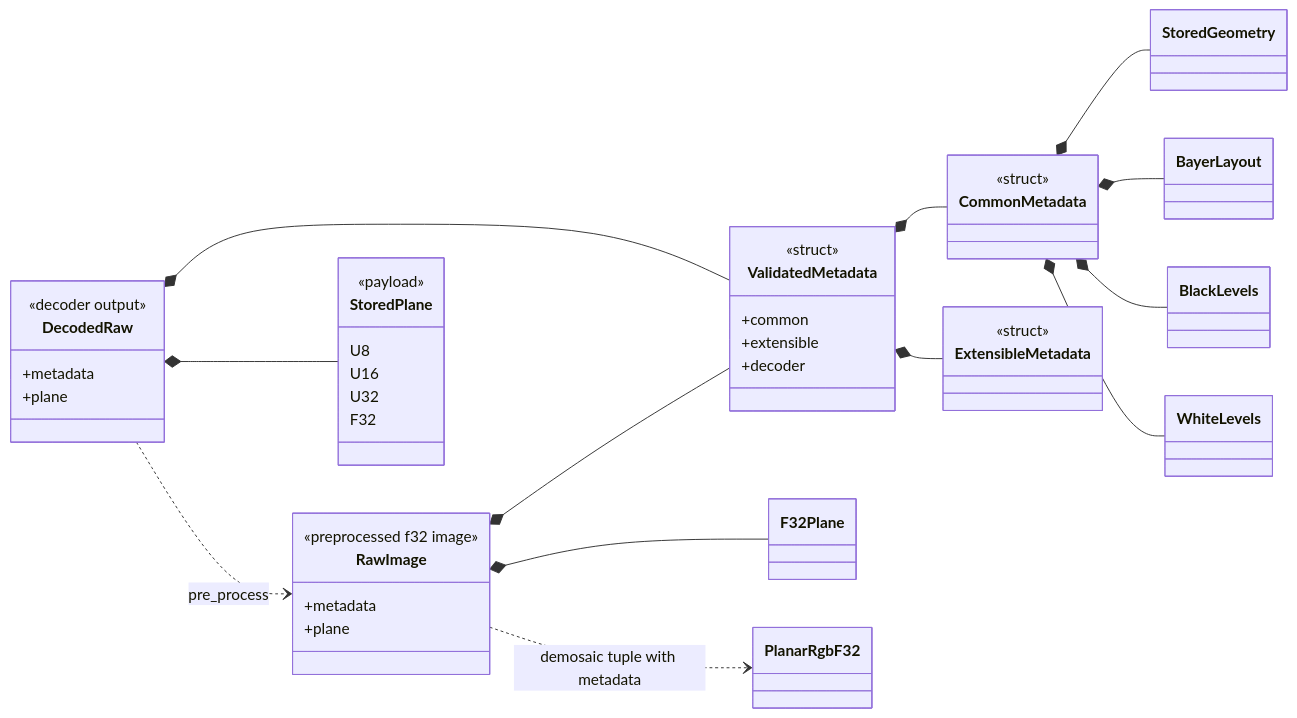
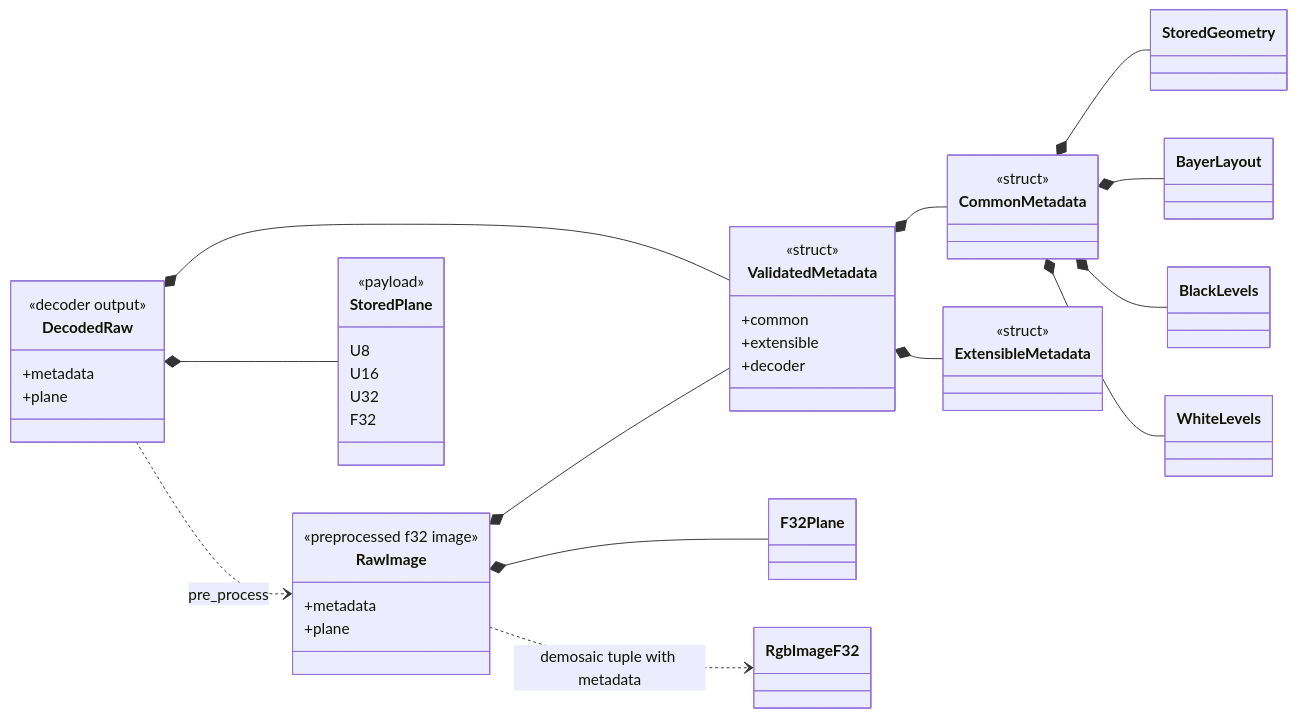
One commit to Glatzel/fornax changed the diagram in docs/raw-pipeline/raw-image-struct.md. Above: the diagram before and after it, drawn with Mermaid. The commit also changed 6 other files, not shown here.

Commit message:
refactor(impl-core-001): use image-rs RGB output

````diff
--- a/docs/raw-pipeline/raw-image-struct.md
+++ b/docs/raw-pipeline/raw-image-struct.md
@@ -9,50 +9,50 @@
 ```mermaid
 classDiagram
     direction LR
     class DecodedRaw {
         <<decoder output>>
         +metadata
         +plane
     }
     class RawImage {
         <<preprocessed f32 image>>
         +metadata
         +plane
     }
     class ValidatedMetadata {
         <<struct>>
         +common
         +extensible
         +decoder
     }
     class CommonMetadata {
         <<struct>>
     }
     class ExtensibleMetadata {
         <<struct>>
     }
     class StoredGeometry
     class BayerLayout
     class BlackLevels
     class WhiteLevels
     class StoredPlane {
         <<payload>>
         U8
         U16
         U32
         F32
     }
 
     DecodedRaw *-- ValidatedMetadata
     DecodedRaw *-- StoredPlane
     RawImage *-- ValidatedMetadata
     RawImage *-- F32Plane
     ValidatedMetadata *-- CommonMetadata
     ValidatedMetadata *-- ExtensibleMetadata
     CommonMetadata *-- StoredGeometry
     CommonMetadata *-- BayerLayout
     CommonMetadata *-- BlackLevels
     CommonMetadata *-- WhiteLevels
     DecodedRaw ..> RawImage : pre_process
-    RawImage ..> PlanarRgbF32 : demosaic tuple with metadata
+    RawImage ..> RgbImageF32 : demosaic tuple with metadata
 ```
````
